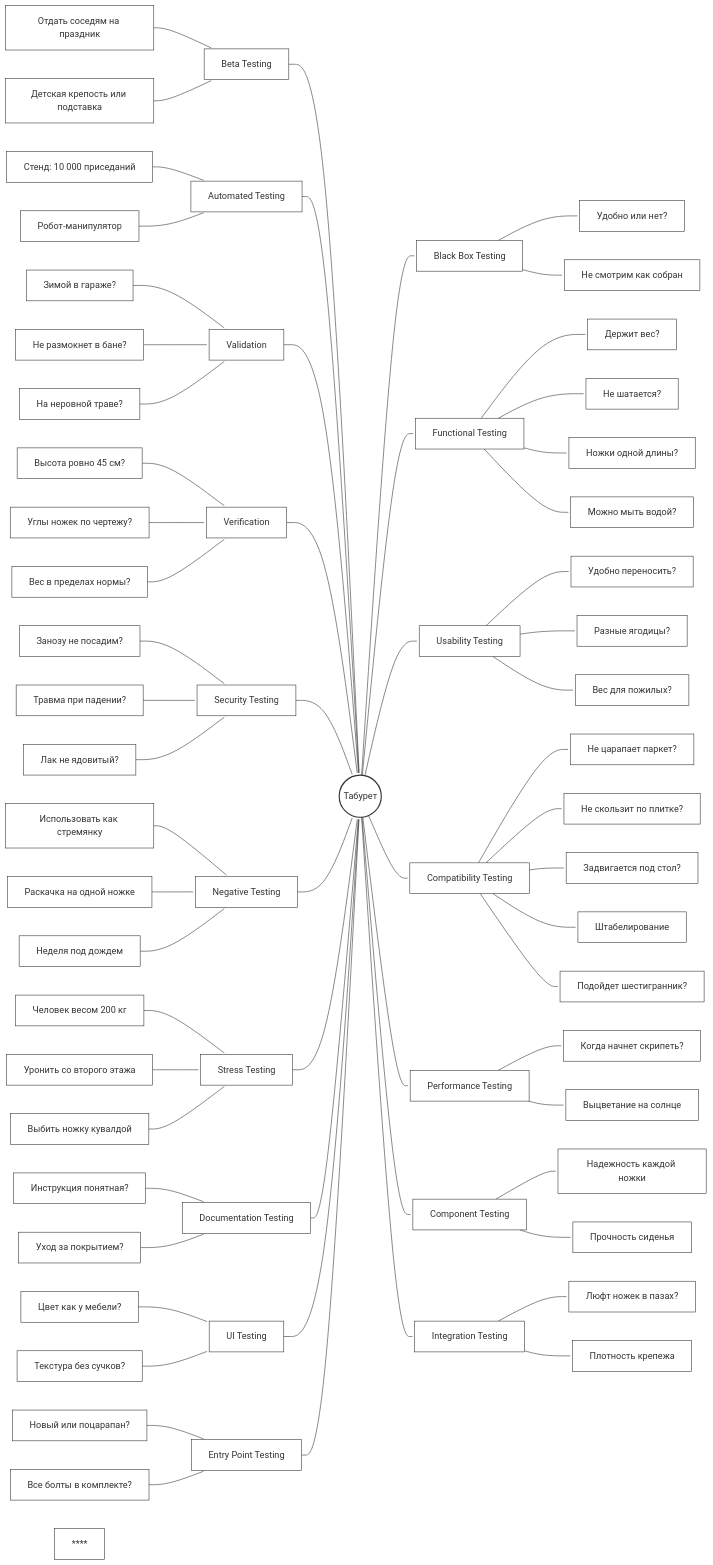
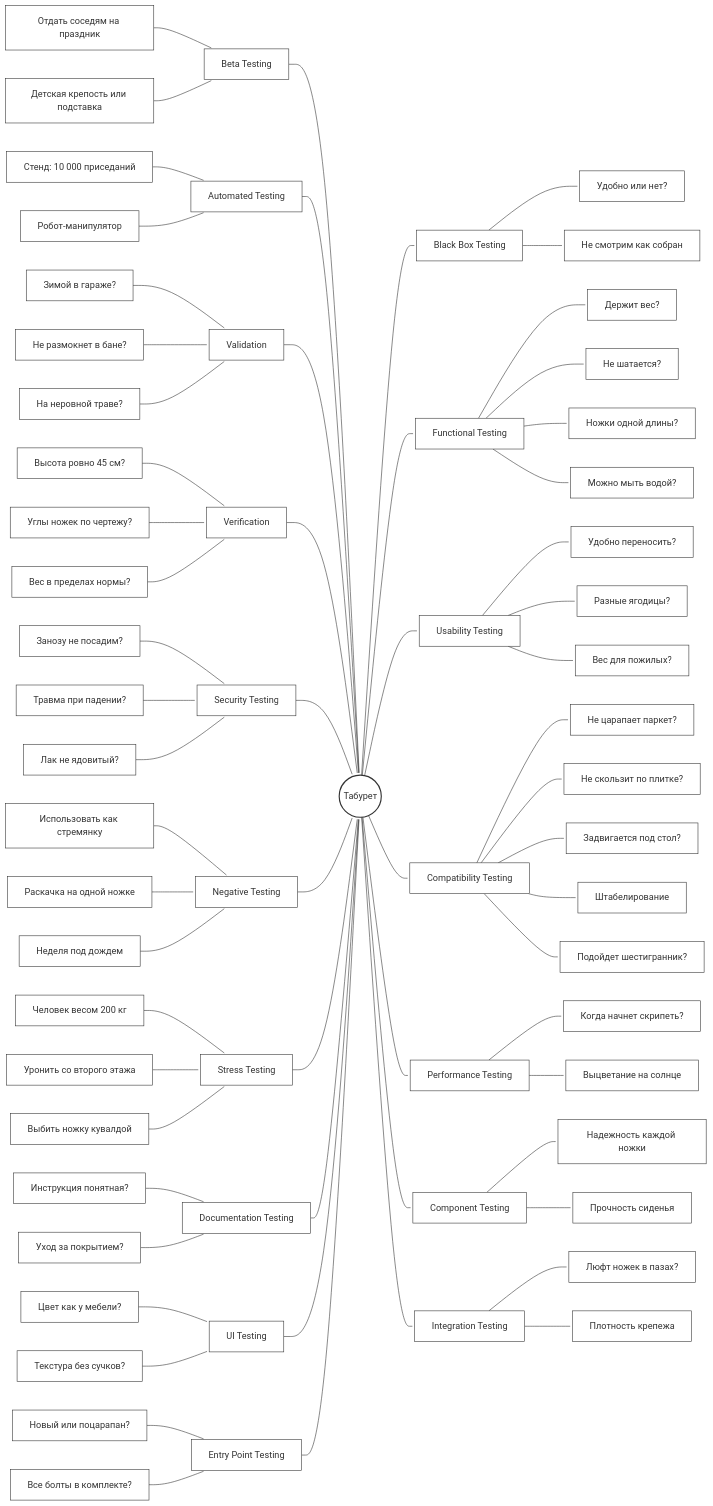
Before and after one commit to Kolya1222/gui2: the diagram in lr_4.md, drawn with Mermaid.

````diff
--- a/lr_4.md
+++ b/lr_4.md
@@ -89,5 +89,4 @@
     classDef default fill:#fff,stroke:#333,stroke-width:1px;
     classDef root fill:#fff,stroke:#333,stroke-width:2px,font-size:16px;
     class Root root;
-****
 ```
````
